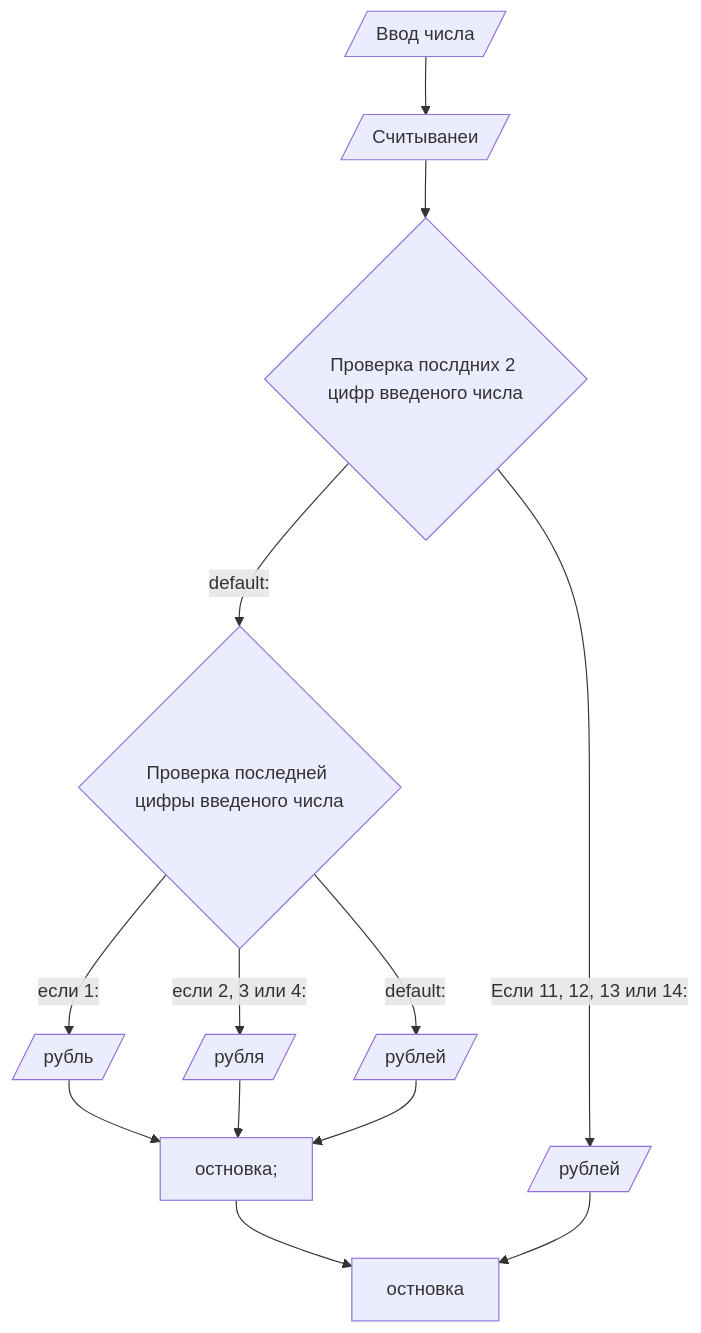
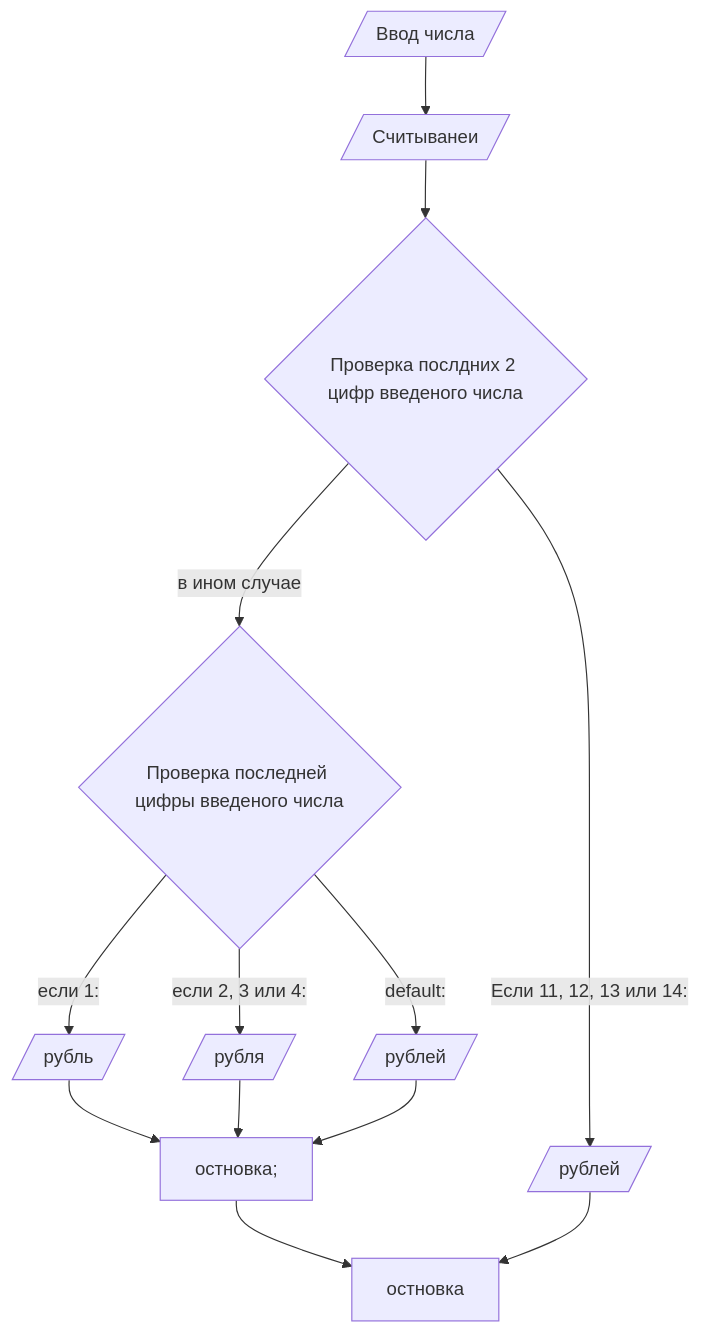
One commit to Lendic42/homework7 changed the diagram in README.md. Above: the diagram before and after it, drawn with Mermaid.

````diff
--- a/README.md
+++ b/README.md
@@ -9,17 +9,17 @@
 ```mermaid
 flowchart TD
     C[/"Ввод числа"/]
     C --> D[/"Считыванеи"/]
     D --> E{"Проверка послдних 2 цифр введеного числа"}
     E -->|"Если 11, 12, 13 или 14:"| F[/"рублей"/]
-    E -->|"default:"| G{"Проверка последней цифры введеного числа"}
+    E -->|"в ином случае"| G{"Проверка последней цифры введеного числа"}
     G -->|"если 1:"| H[/"рубль"/]
     G -->|"если 2, 3 или 4:"| I[/"рубля"/]
     G -->|"default:"| J[/"рублей"/]
     H --> K["остновка;"]
     I --> K
     J --> K
     K --> L["остновка"]
     F --> L
 
 ```
````
